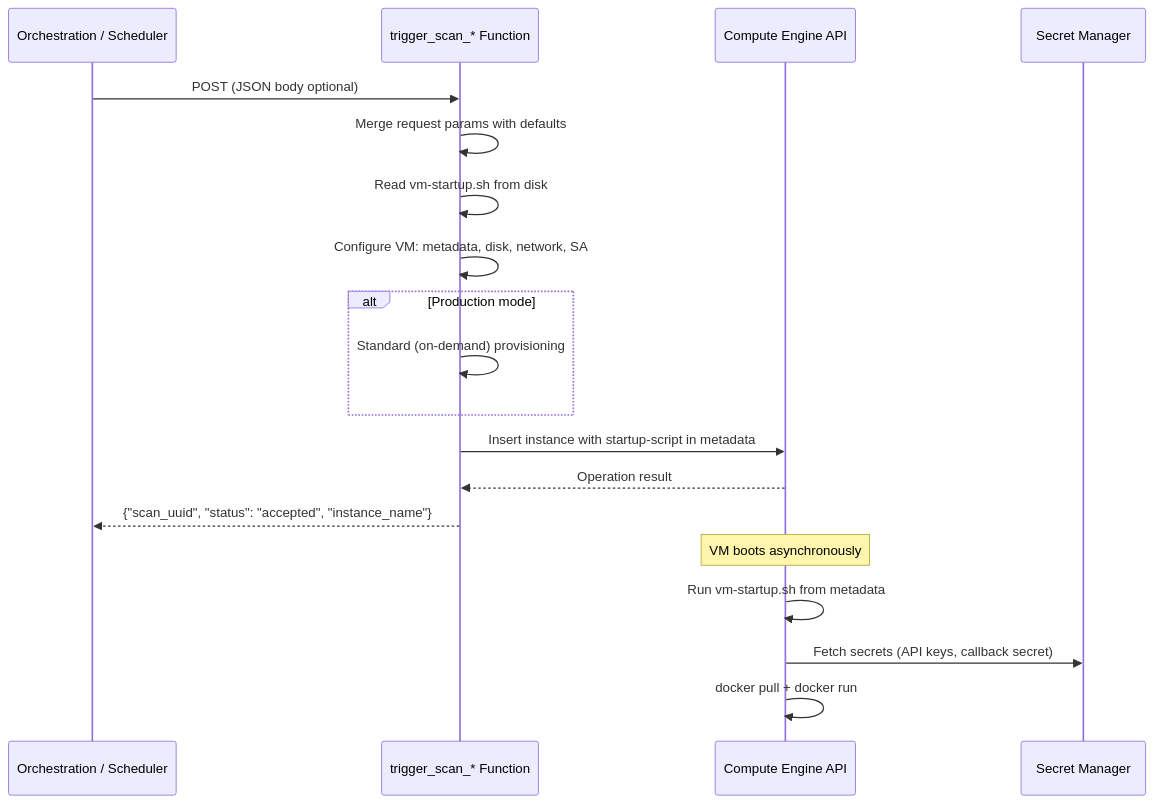
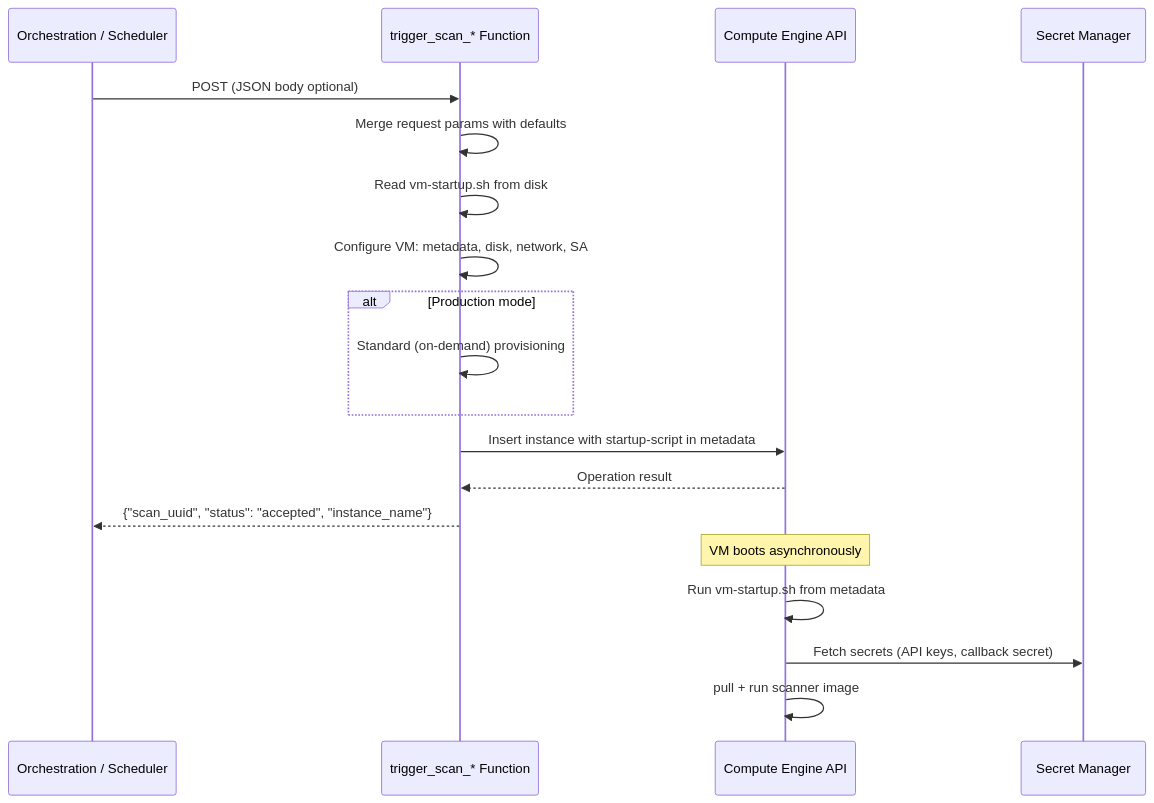
The ninth of 23 diagrams in docs/ARCHITECTURE.md (Peregrine-Technology-Systems/peregrine-penetrator-scanner), drawn with Mermaid before and after one commit. The commit also changed other lines of this file and 15 other files, not shown here.

````diff
--- a/docs/ARCHITECTURE.md
+++ b/docs/ARCHITECTURE.md
@@ -387,25 +387,25 @@
 ```mermaid
 sequenceDiagram
     participant Caller as Orchestration / Scheduler
     participant CF as trigger_scan_* Function
     participant GCE as Compute Engine API
     participant SM as Secret Manager
 
     Caller->>CF: POST (JSON body optional)
     CF->>CF: Merge request params with defaults
     CF->>CF: Read vm-startup.sh from disk
     CF->>CF: Configure VM: metadata, disk, network, SA
 
     alt Production mode
         CF->>CF: Standard (on-demand) provisioning
     end
 
     CF->>GCE: Insert instance with startup-script in metadata
     GCE-->>CF: Operation result
     CF-->>Caller: {"scan_uuid", "status": "accepted", "instance_name"}
 
     Note over GCE: VM boots asynchronously
     GCE->>GCE: Run vm-startup.sh from metadata
     GCE->>SM: Fetch secrets (API keys, callback secret)
-    GCE->>GCE: docker pull + docker run
+    GCE->>GCE: pull + run scanner image
 ```
````
